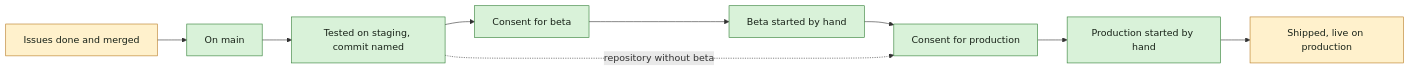
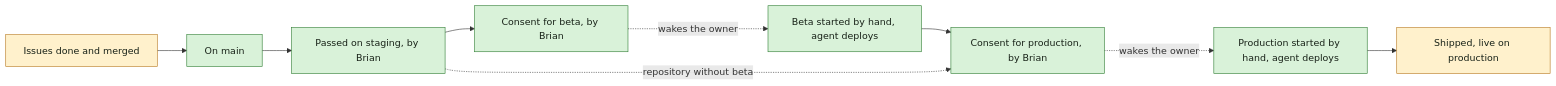
One commit to appboypov/multica changed the diagram in specs/openspec/changes/release-phases/proposal.md. Above: the diagram before and after it, drawn with Mermaid. The commit also changed other lines of this file and 4 other files, not shown here.

Commit message:
docs(specs): release phases follow Brian's answers on passes, consent and deploying agents (WORK-2006)

````diff
--- a/specs/openspec/changes/release-phases/proposal.md
+++ b/specs/openspec/changes/release-phases/proposal.md
@@ -3,13 +3,13 @@
 ```mermaid
 flowchart LR
   classDef new fill:#d9f2d9,stroke:#2e7d32,color:#172117
   classDef changed fill:#fff1cc,stroke:#b7791f,color:#172117
   Done[Issues done and merged]:::changed --> Main[On main]:::new
-  Main --> Staging[Tested on staging, commit named]:::new
-  Staging --> BetaConsent[Consent for beta]:::new
-  BetaConsent --> BetaStart[Beta started by hand]:::new
-  BetaStart --> ProdConsent[Consent for production]:::new
+  Main --> Staging[Passed on staging, by Brian]:::new
+  Staging --> BetaConsent[Consent for beta, by Brian]:::new
+  BetaConsent -. wakes the owner .-> BetaStart[Beta started by hand, agent deploys]:::new
+  BetaStart --> ProdConsent[Consent for production, by Brian]:::new
   Staging -. repository without beta .-> ProdConsent
-  ProdConsent --> ProdStart[Production started by hand]:::new
+  ProdConsent -. wakes the owner .-> ProdStart[Production started by hand, agent deploys]:::new
   ProdStart --> Shipped[Shipped, live on production]:::changed
 ```
````
